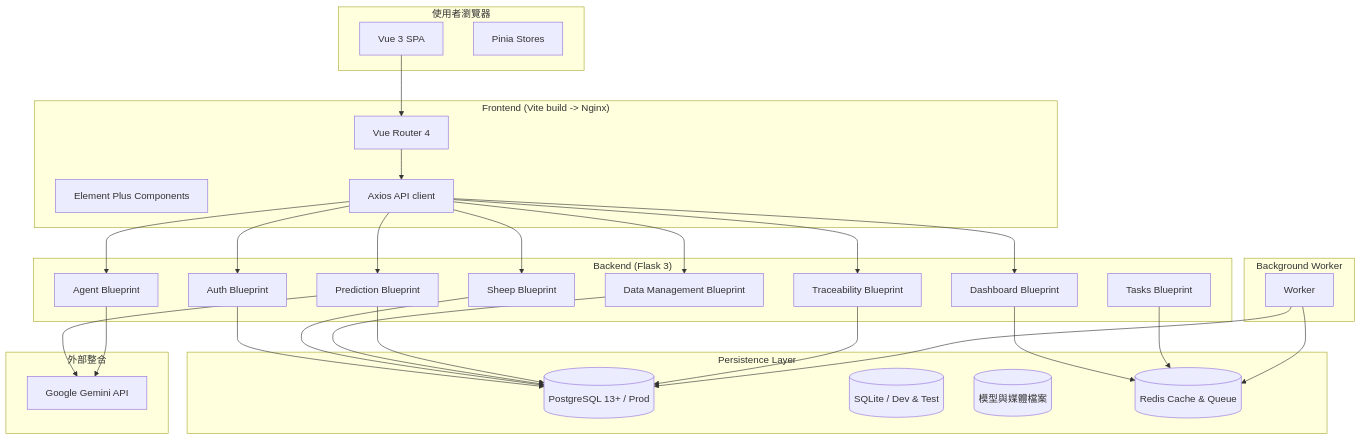
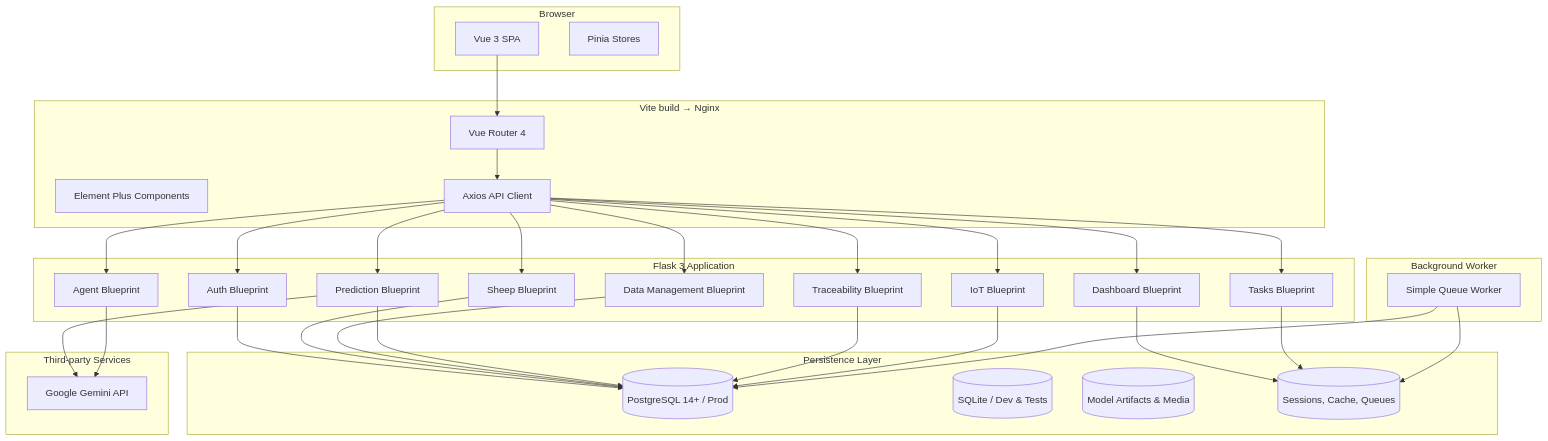
The diagram in docs/README.en.md (nj1i6t6/Dr.Goat-AI-Agent), drawn with Mermaid before and after one commit. The commit also changed other lines of this file and 6 other files, not shown here.

````diff
--- a/docs/README.en.md
+++ b/docs/README.en.md
@@ -52,61 +55,65 @@
 ```mermaid
 graph TB
-  subgraph Client["使用者瀏覽器"]
+  subgraph Client["Browser"]
     UI[Vue 3 SPA]
     Pinia[Pinia Stores]
   end
 
-  subgraph Frontend["Frontend (Vite build -> Nginx)"]
+  subgraph Frontend["Vite build → Nginx"]
     Router[Vue Router 4]
     Components[Element Plus Components]
-    ApiClient[Axios API client]
+    ApiClient[Axios API Client]
   end
 
-  subgraph Backend["Backend (Flask 3)"]
+  subgraph Backend["Flask 3 Application"]
     Auth[Auth Blueprint]
     Sheep[Sheep Blueprint]
     Dashboard[Dashboard Blueprint]
     Data[Data Management Blueprint]
     Prediction[Prediction Blueprint]
     Agent[Agent Blueprint]
     Traceability[Traceability Blueprint]
+    Iot[IoT Blueprint]
     Tasks[Tasks Blueprint]
   end
 
   subgraph DataTier["Persistence Layer"]
-    Postgres[(PostgreSQL 13+ / Prod)]
-    SQLite[(SQLite / Dev & Test)]
-    Filesystem[(模型與媒體檔案)]
-    Redis[(Redis Cache & Queue)]
+    Postgres[(PostgreSQL 14+ / Prod)]
+    SQLite[(SQLite / Dev & Tests)]
+    Filesystem[(Model Artifacts & Media)]
+    Redis[(Sessions, Cache, Queues)]
   end
 
   subgraph Worker["Background Worker"]
-    WorkerNode[Worker]
+    WorkerNode[Simple Queue Worker]
   end
 
-  subgraph External["外部整合"]
+  subgraph External["Third-party Services"]
     Gemini[Google Gemini API]
   end
 
   UI --> Router --> ApiClient --> Auth
   ApiClient --> Sheep
   ApiClient --> Dashboard
   ApiClient --> Data
   ApiClient --> Prediction
   ApiClient --> Agent
   ApiClient --> Traceability
+  ApiClient --> Iot
+  ApiClient --> Tasks
 
   Auth --> Postgres
   Sheep --> Postgres
   Dashboard --> Redis
   Data --> Postgres
   Prediction --> Postgres
   Traceability --> Postgres
+  Iot --> Postgres
   Tasks --> Redis
 
   Prediction --> Gemini
   Agent --> Gemini
 
   WorkerNode --> Redis
   WorkerNode --> Postgres
 ```
````
